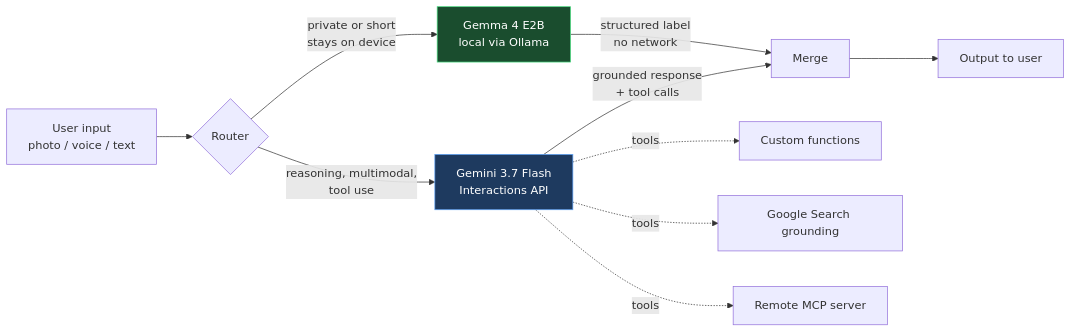
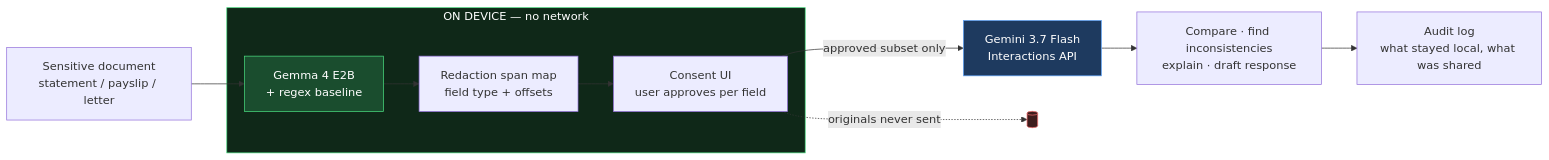
Before and after one commit to supawichza40/imperial-deepmind-hackathon: the diagram in README.md, drawn with Mermaid. The commit also changed other lines of this file and 9 other files, not shown here.

````diff
--- a/README.md
+++ b/README.md
@@ -24,19 +28,20 @@
 ```mermaid
 flowchart LR
-    U[User input<br/>photo / voice / text] --> R{Router}
+    D[Sensitive document<br/>statement / payslip / letter] --> L
 
-    R -->|private or short<br/>stays on device| G4[Gemma 4 E2B<br/>local via Ollama]
-    R -->|reasoning, multimodal,<br/>tool use| GF[Gemini 3.7 Flash<br/>Interactions API]
+    subgraph LOCAL["ON DEVICE — no network"]
+        L[Gemma 4 E2B<br/>+ regex baseline] --> S[Redaction span map<br/>field type + offsets]
+        S --> C[Consent UI<br/>user approves per field]
+    end
 
-    G4 -->|structured label<br/>no network| M[Merge]
-    GF -->|grounded response<br/>+ tool calls| M
+    C -->|approved subset only| GF[Gemini 3.7 Flash<br/>Interactions API]
+    C -.->|originals never sent| X[( )]
 
-    GF -.->|tools| T1[Custom functions]
-    GF -.->|tools| T2[Google Search grounding]
-    GF -.->|tools| T3[Remote MCP server]
+    GF --> R[Compare · find inconsistencies<br/>explain · draft response]
+    R --> A[Audit log<br/>what stayed local, what was shared]
 
-    M --> O[Output to user]
-
-    style G4 fill:#1a4d2e,stroke:#4ade80,color:#fff
+    style LOCAL fill:#0f2818,stroke:#4ade80,color:#fff
+    style L fill:#1a4d2e,stroke:#4ade80,color:#fff
     style GF fill:#1e3a5f,stroke:#60a5fa,color:#fff
+    style X fill:#3f1d1d,stroke:#f87171,color:#fff
 ```
````
